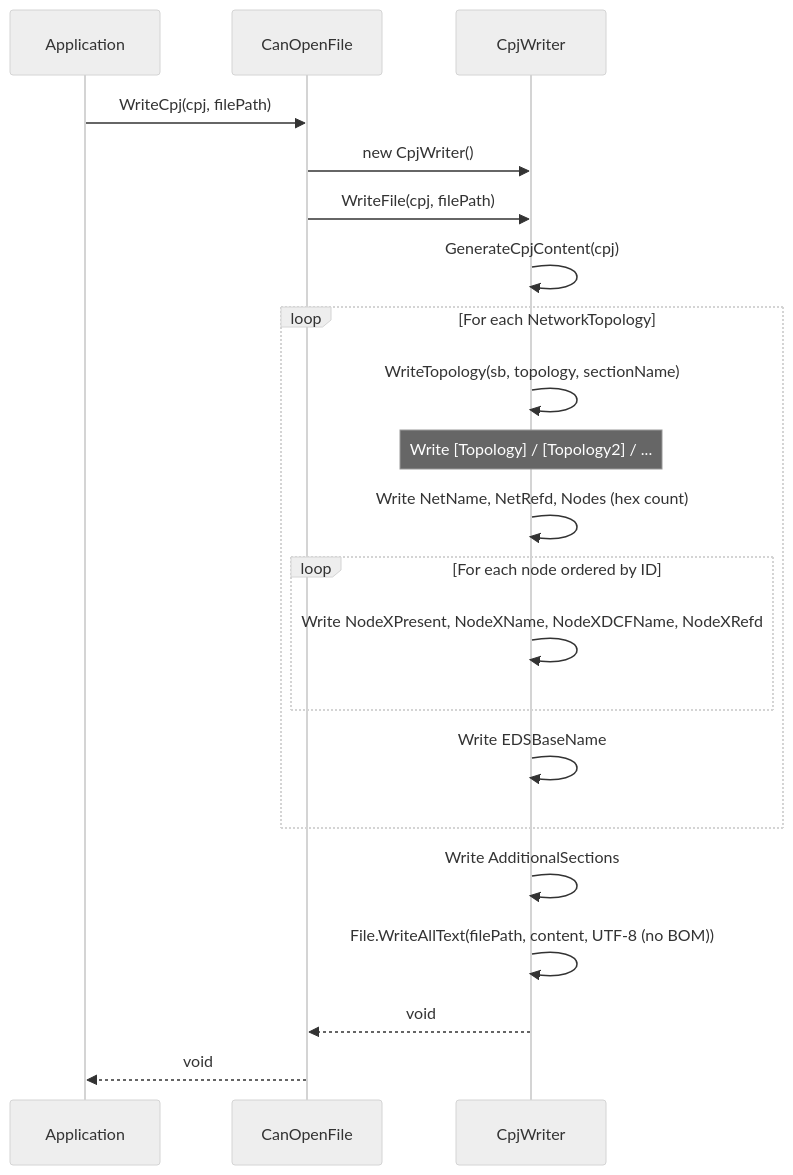
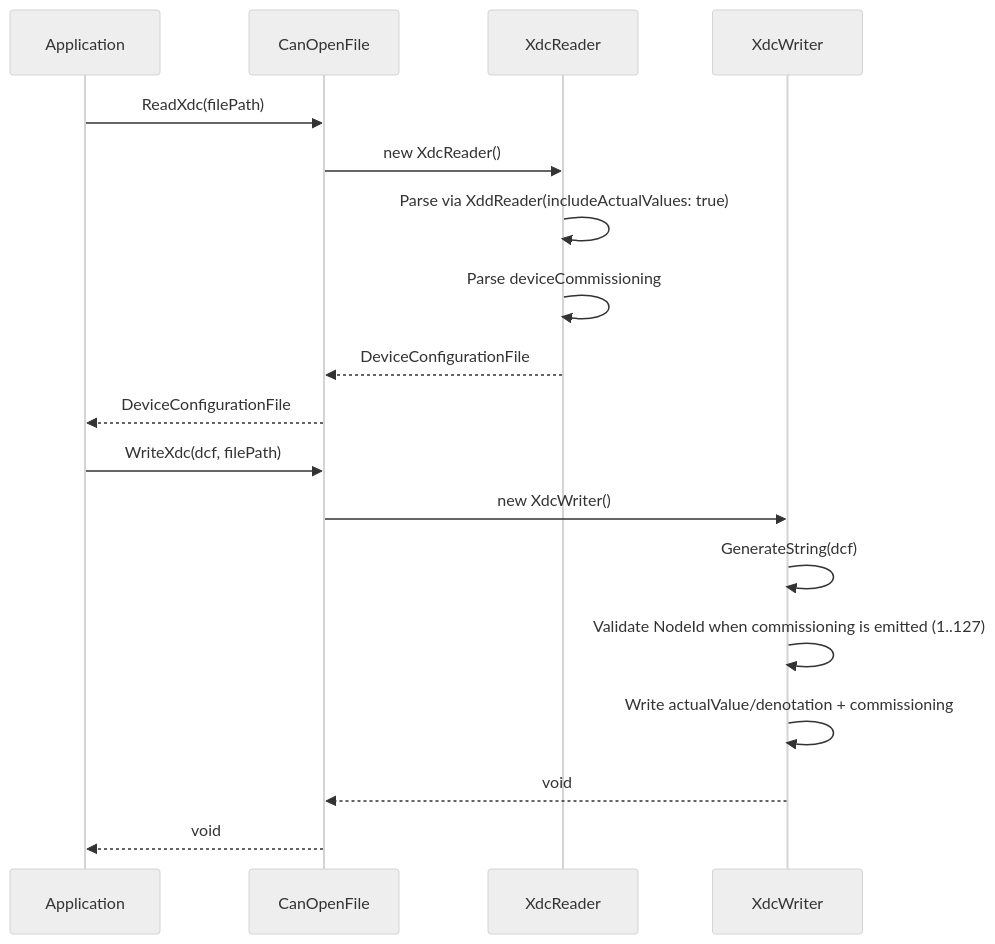
Before and after one commit to dborgards/eds-dcf-net: the sixth of 7 diagrams in docs/architecture/06-runtime-view.md, drawn with Mermaid (neutral theme). The commit also changed other lines of this file and 14 other files, not shown here.

Commit message:
docs: align readme and architecture with current format support (#65)

````diff
--- a/docs/architecture/06-runtime-view.md
+++ b/docs/architecture/06-runtime-view.md
@@ -142,27 +120,22 @@
 ```mermaid
 sequenceDiagram
     participant App as Application
     participant CF as CanOpenFile
-    participant CW as CpjWriter
+    participant XR as XdcReader
+    participant XW as XdcWriter
 
-    App->>CF: WriteCpj(cpj, filePath)
-    CF->>CW: new CpjWriter()
-    CF->>CW: WriteFile(cpj, filePath)
-    CW->>CW: GenerateCpjContent(cpj)
+    App->>CF: ReadXdc(filePath)
+    CF->>XR: new XdcReader()
+    XR->>XR: Parse via XddReader(includeActualValues: true)
+    XR->>XR: Parse deviceCommissioning
+    XR-->>CF: DeviceConfigurationFile
+    CF-->>App: DeviceConfigurationFile
 
-    loop For each NetworkTopology
-        CW->>CW: WriteTopology(sb, topology, sectionName)
-        Note over CW: Write [Topology] / [Topology2] / ...
-        CW->>CW: Write NetName, NetRefd, Nodes (hex count)
-        loop For each node ordered by ID
-            CW->>CW: Write NodeXPresent, NodeXName, NodeXDCFName, NodeXRefd
-        end
-        CW->>CW: Write EDSBaseName
-    end
-
-    CW->>CW: Write AdditionalSections
-    CW->>CW: File.WriteAllText(filePath, content, UTF-8 (no BOM))
-
-    CW-->>CF: void
+    App->>CF: WriteXdc(dcf, filePath)
+    CF->>XW: new XdcWriter()
+    XW->>XW: GenerateString(dcf)
+    XW->>XW: Validate NodeId when commissioning is emitted (1..127)
+    XW->>XW: Write actualValue/denotation + commissioning
+    XW-->>CF: void
     CF-->>App: void
 ```
````
